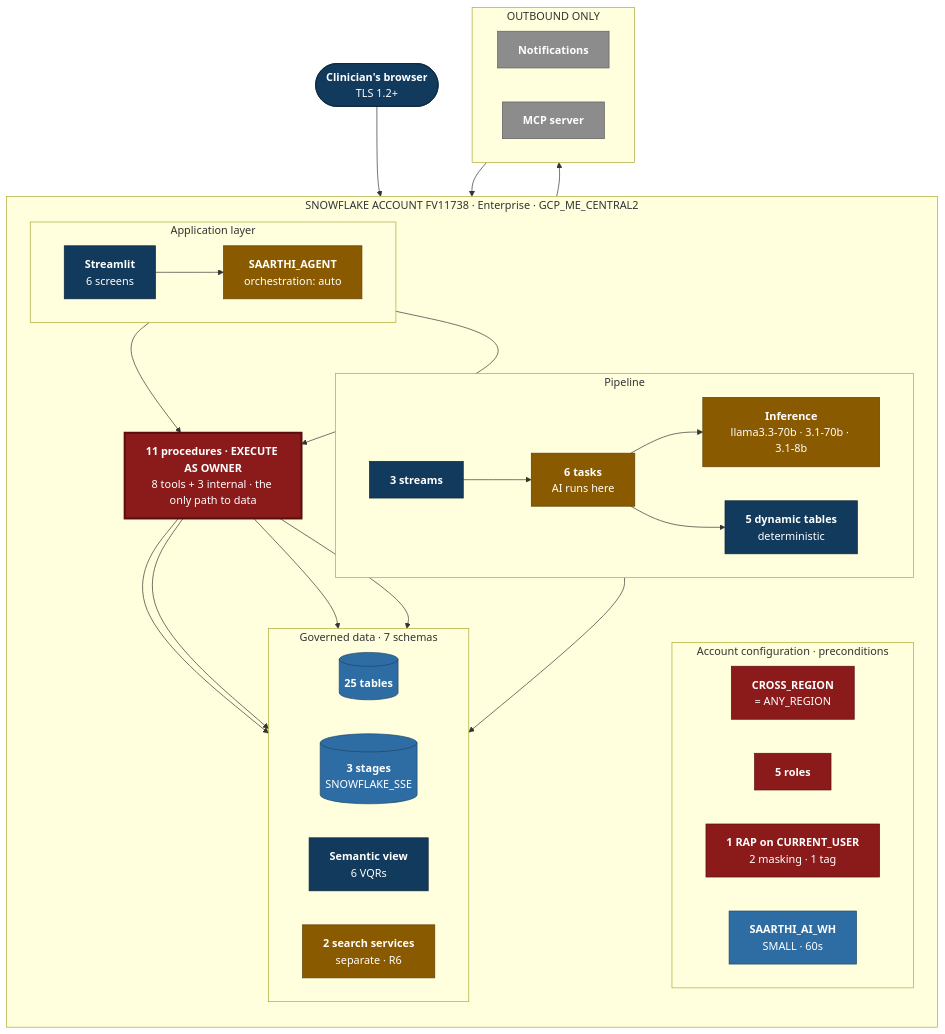
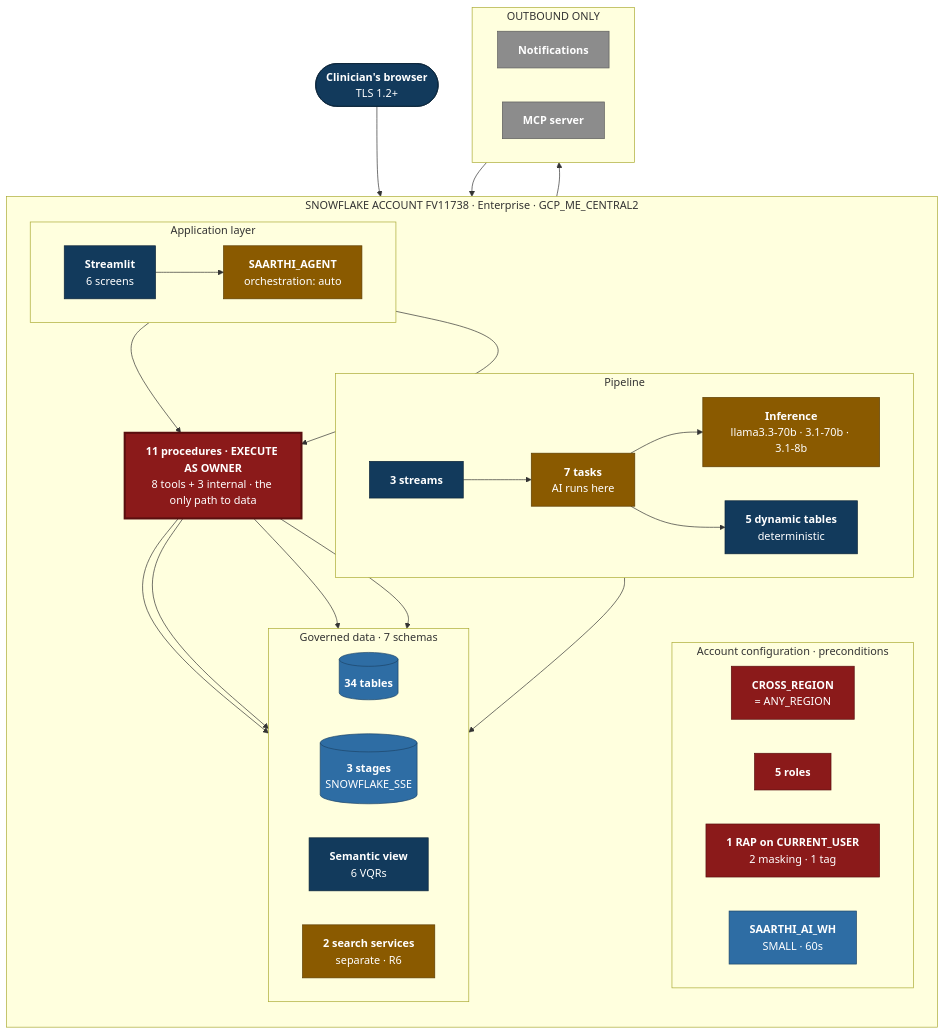
The fifth of 16 diagrams in planning/revised-architecture/ARCHITECTURE-DIAGRAMS.md (DanushArun/patient-360), drawn with Mermaid before and after one commit. The commit also changed other lines of this file and 10 other files, not shown here.

First line of the commit message:
update(architecture): remove HOUSEHOLD, land 34-table schema, refresh model roster

````diff
--- a/planning/revised-architecture/ARCHITECTURE-DIAGRAMS.md
+++ b/planning/revised-architecture/ARCHITECTURE-DIAGRAMS.md
@@ -369,77 +370,77 @@
 ```mermaid
 flowchart TB
     BROWSER(["<b>Clinician's browser</b><br/>TLS 1.2+"])
 
     subgraph ACCOUNT["SNOWFLAKE ACCOUNT FV11738 · Enterprise · GCP_ME_CENTRAL2"]
         direction TB
 
         subgraph CFG["Account configuration · preconditions"]
             direction LR
             PARAM["<b>CROSS_REGION</b><br/>= ANY_REGION"]
             ROLES["<b>5 roles</b>"]
             POL["<b>1 RAP on CURRENT_USER</b><br/>2 masking · 1 tag"]
             WH["<b>SAARTHI_AI_WH</b><br/>SMALL · 60s"]
         end
 
         subgraph FRONT["Application layer"]
             direction LR
             APP["<b>Streamlit</b><br/>6 screens"]
             AGENT["<b>SAARTHI_AGENT</b><br/>orchestration: auto"]
         end
 
         PROC["<b>11 procedures · EXECUTE AS OWNER</b><br/>8 tools + 3 internal · the only path to data"]
 
         subgraph DATA["Governed data · 7 schemas"]
             direction LR
-            TBL[("<b>25 tables</b>")]
+            TBL[("<b>34 tables</b>")]
             STG[("<b>3 stages</b><br/>SNOWFLAKE_SSE")]
             SEM["<b>Semantic view</b><br/>6 VQRs"]
             SRCH["<b>2 search services</b><br/>separate · R6"]
         end
 
         subgraph PIPE["Pipeline"]
             direction LR
             STREAM["<b>3 streams</b>"]
-            TASK["<b>6 tasks</b><br/>AI runs here"]
+            TASK["<b>7 tasks</b><br/>AI runs here"]
             DT["<b>5 dynamic tables</b><br/>deterministic"]
             MODELS["<b>Inference</b><br/>llama3.3-70b · 3.1-70b · 3.1-8b"]
         end
     end
 
     subgraph OUT["OUTBOUND ONLY"]
         direction LR
         NTF["<b>Notifications</b>"]
         MCP["<b>MCP server</b>"]
     end
 
     BROWSER --> APP
     APP --> AGENT
     APP --> PROC
     AGENT --> PROC
     PROC --> TBL
     PROC --> STG
     PROC --> SEM
     PROC --> SRCH
     STREAM --> TASK
     TASK --> MODELS
     TASK --> DT
     DT --> SRCH
     TASK --> NTF
     MCP --> PROC
 
     classDef person fill:#123a5c,stroke:#0b2439,color:#fff
     classDef cfg fill:#8b1a1a,stroke:#5a0f0f,color:#fff
     classDef store fill:#2e6da4,stroke:#1c4568,color:#fff
     classDef exec fill:#123a5c,stroke:#0b2439,color:#fff
     classDef choke fill:#8b1a1a,stroke:#5a0f0f,color:#fff,stroke-width:3px
     classDef ai fill:#8a5a00,stroke:#5c3c00,color:#fff
     classDef ext fill:#8c8c8c,stroke:#5c5c5c,color:#fff
 
     class BROWSER person
     class PARAM,ROLES,POL cfg
     class TBL,STG,WH store
     class APP,SEM,DT,STREAM exec
     class PROC choke
     class TASK,AGENT,MODELS,SRCH ai
     class NTF,MCP ext
 ```
````
